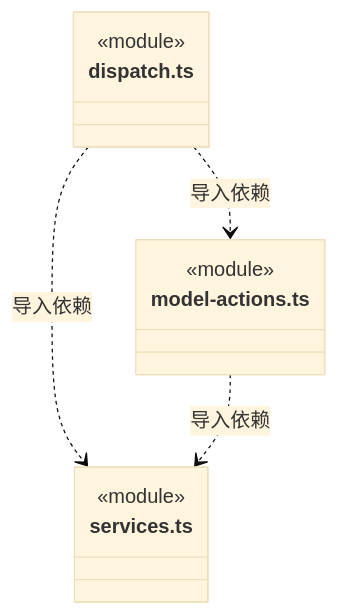
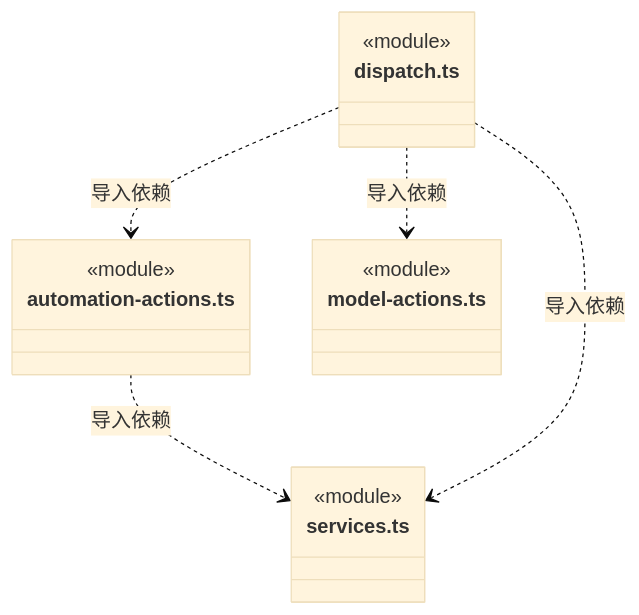
One commit to nan023062/cbim changed the eighth of 9 diagrams in src/backend/main/ipc/ARCHITECTURE.md. Above: the diagram before and after it, drawn with Mermaid (base theme). The commit also changed other lines of this file and 47 other files, not shown here.

````diff
--- a/src/backend/main/ipc/ARCHITECTURE.md
+++ b/src/backend/main/ipc/ARCHITECTURE.md
@@ -118,15 +144,19 @@
 ```mermaid
 classDiagram
+class N_src_backend_main_ipc_automation_actions_ts["automation-actions.ts"] {
+  <<module>>
+}
+class N_src_backend_main_ipc_services_ts["services.ts"] {
+  <<module>>
+}
 class N_src_backend_main_ipc_dispatch_ts["dispatch.ts"] {
   <<module>>
 }
 class N_src_backend_main_ipc_model_actions_ts["model-actions.ts"] {
   <<module>>
 }
-class N_src_backend_main_ipc_services_ts["services.ts"] {
-  <<module>>
-}
+N_src_backend_main_ipc_automation_actions_ts ..> N_src_backend_main_ipc_services_ts : 导入依赖
+N_src_backend_main_ipc_dispatch_ts ..> N_src_backend_main_ipc_automation_actions_ts : 导入依赖
 N_src_backend_main_ipc_dispatch_ts ..> N_src_backend_main_ipc_model_actions_ts : 导入依赖
 N_src_backend_main_ipc_dispatch_ts ..> N_src_backend_main_ipc_services_ts : 导入依赖
-N_src_backend_main_ipc_model_actions_ts ..> N_src_backend_main_ipc_services_ts : 导入依赖
 ```
````
